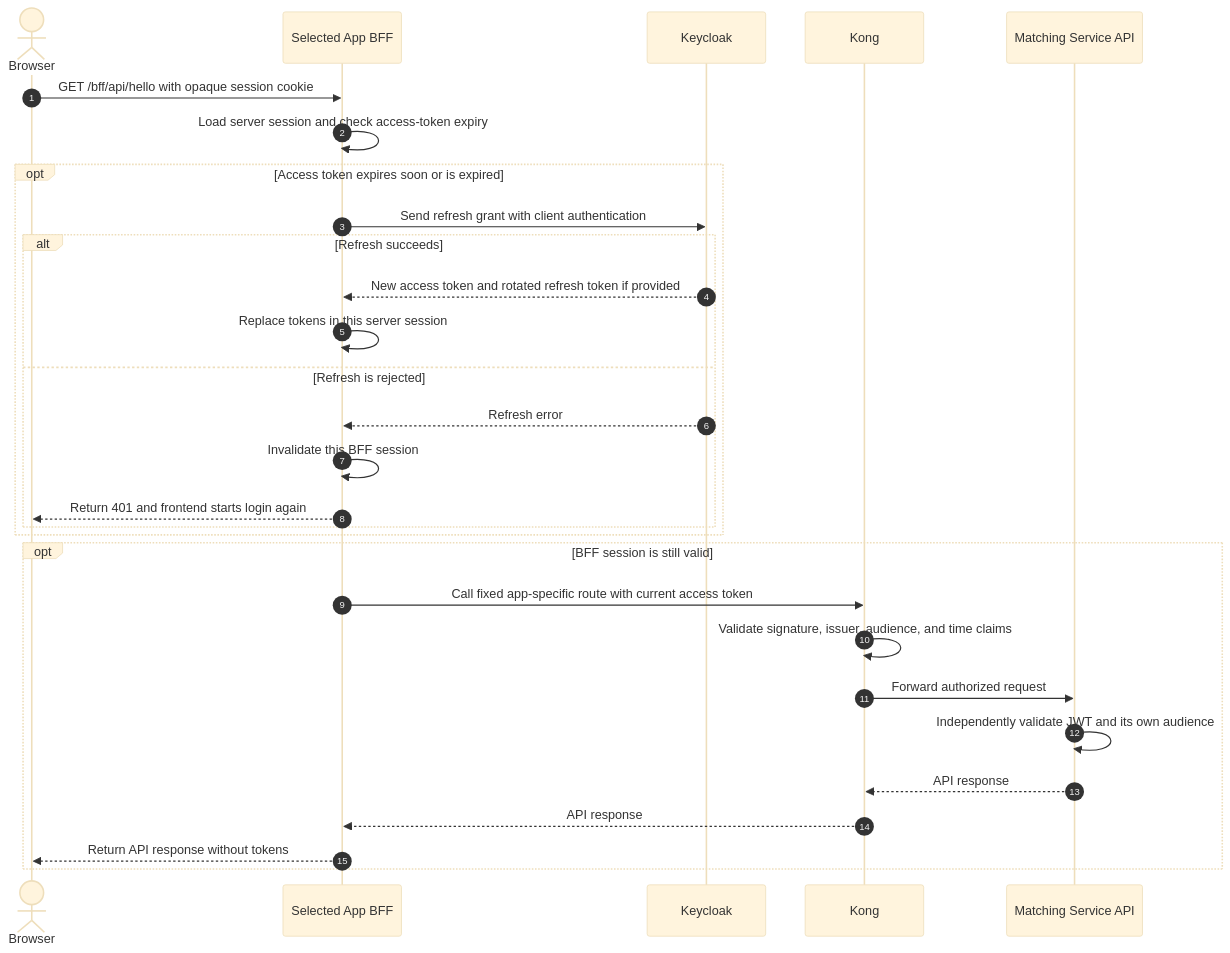
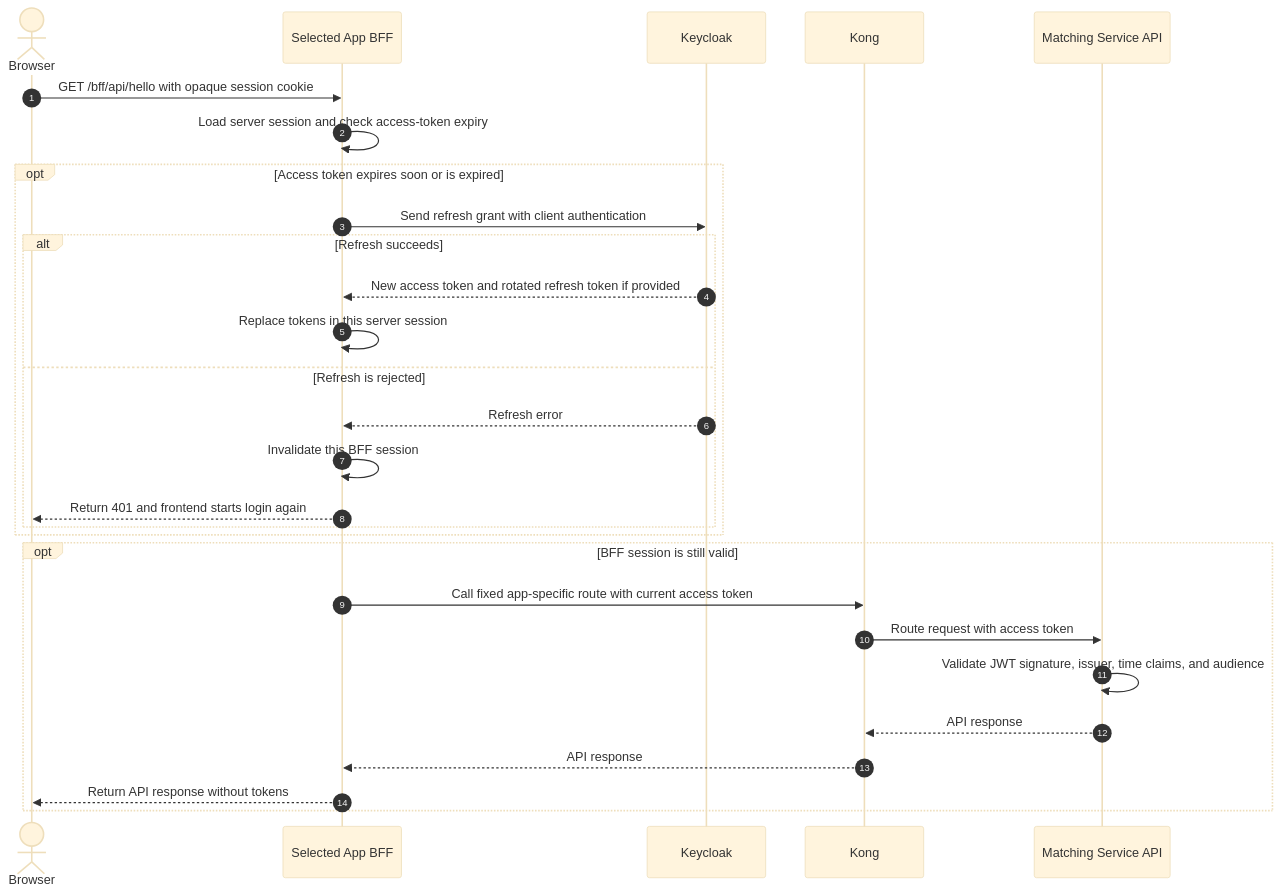
Before and after one commit to taptin13/keycloak-bff-sso-lab: the third of 4 diagrams in README.md, drawn with Mermaid (base theme). The commit also changed other lines of this file and 6 other files, not shown here.

````diff
--- a/README.md
+++ b/README.md
@@ -58,32 +56,31 @@
 ```mermaid
 sequenceDiagram
     autonumber
     actor U as Browser
     participant B as Selected App BFF
     participant K as Keycloak
     participant G as Kong
     participant API as Matching Service API
 
     U->>B: GET /bff/api/hello with opaque session cookie
     B->>B: Load server session and check access-token expiry
     opt Access token expires soon or is expired
         B->>K: Send refresh grant with client authentication
         alt Refresh succeeds
             K-->>B: New access token and rotated refresh token if provided
             B->>B: Replace tokens in this server session
         else Refresh is rejected
             K-->>B: Refresh error
             B->>B: Invalidate this BFF session
             B-->>U: Return 401 and frontend starts login again
         end
     end
     opt BFF session is still valid
         B->>G: Call fixed app-specific route with current access token
-        G->>G: Validate signature, issuer, audience, and time claims
-        G->>API: Forward authorized request
-        API->>API: Independently validate JWT and its own audience
+        G->>API: Route request with access token
+        API->>API: Validate JWT signature, issuer, time claims, and audience
         API-->>G: API response
         G-->>B: API response
         B-->>U: Return API response without tokens
     end
 ```
````
